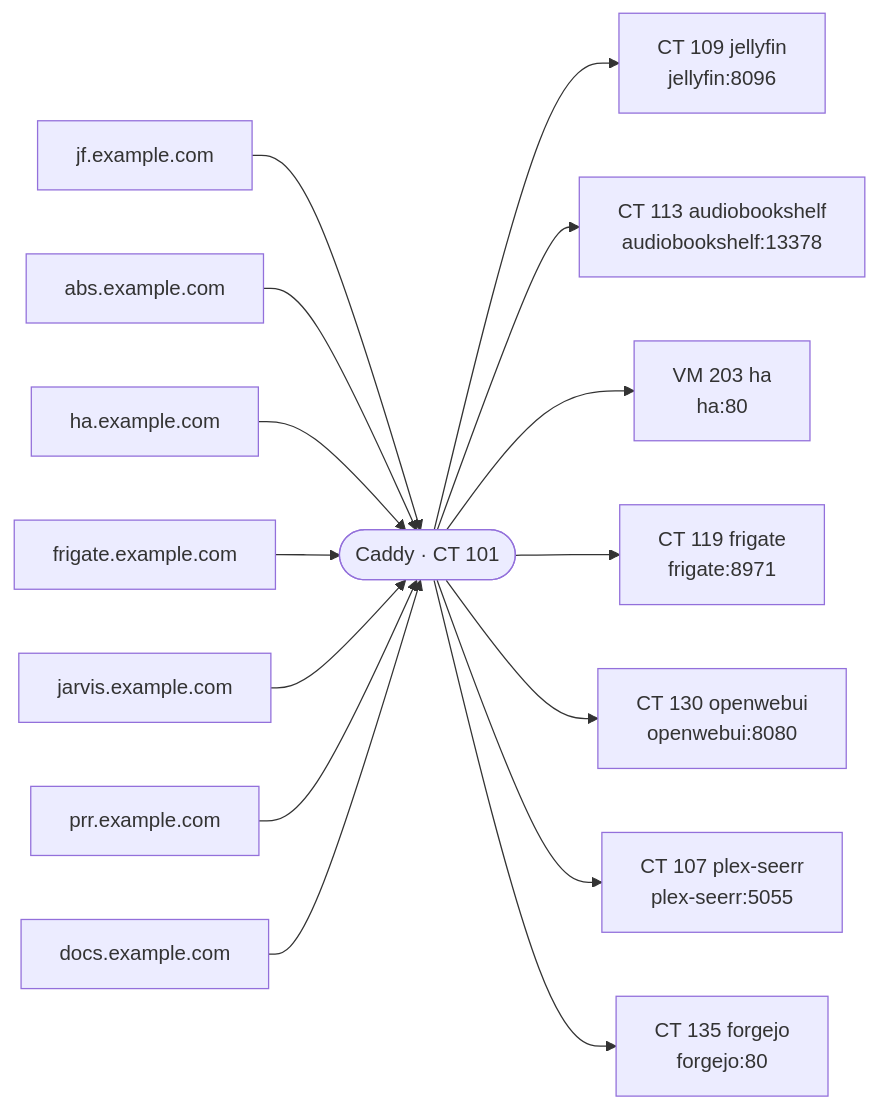
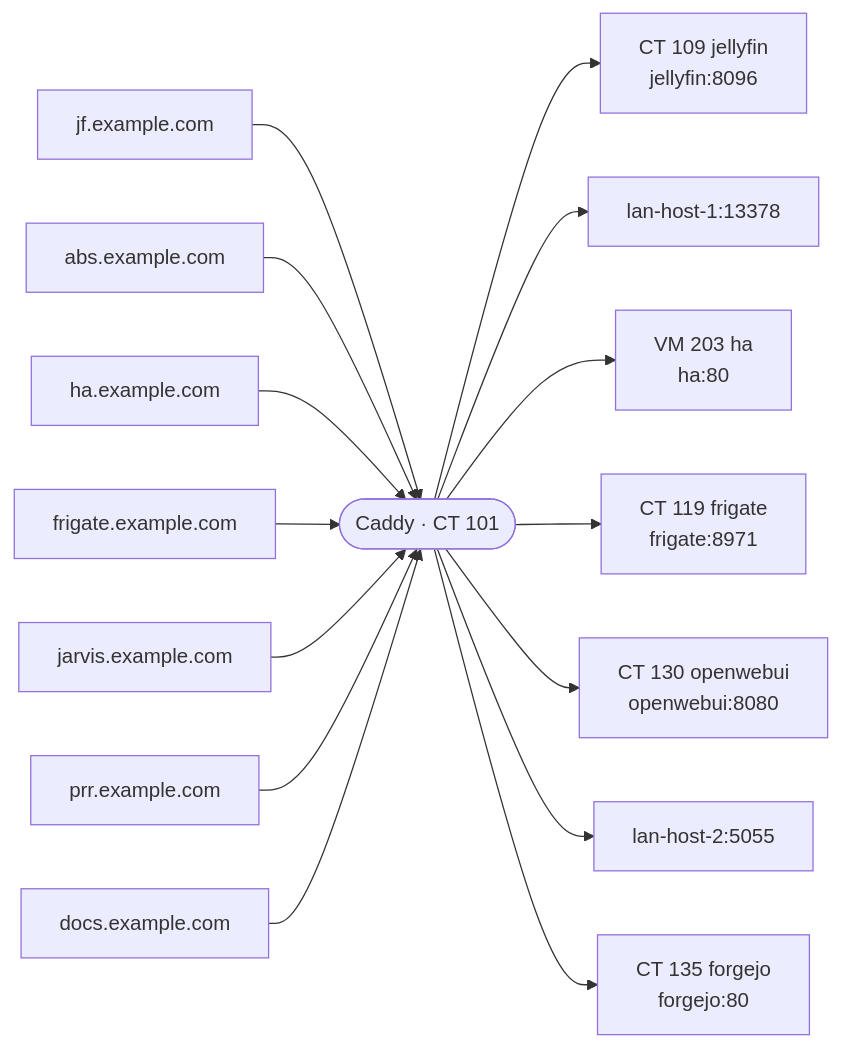
The diagram in docs/network.md (afcorona-projects/Homelab), drawn with Mermaid before and after one commit. The commit also changed other lines of this file and 45 other files, not shown here.

````diff
--- a/docs/network.md
+++ b/docs/network.md
@@ -5,18 +5,18 @@
 ```mermaid
 flowchart LR
   caddy(["Caddy · CT 101"])
   njf_example_com["jf.example.com"] --> caddy
   caddy --> njellyfin_8096["CT 109 jellyfin<br/>jellyfin:8096"]
   nabs_example_com["abs.example.com"] --> caddy
-  caddy --> naudiobookshelf_13378["CT 113 audiobookshelf<br/>audiobookshelf:13378"]
+  caddy --> nlan_host_1_13378["lan-host-1:13378"]
   nha_example_com["ha.example.com"] --> caddy
   caddy --> nha_80["VM 203 ha<br/>ha:80"]
   nfrigate_example_com["frigate.example.com"] --> caddy
   caddy --> nfrigate_8971["CT 119 frigate<br/>frigate:8971"]
   njarvis_example_com["jarvis.example.com"] --> caddy
   caddy --> nopenwebui_8080["CT 130 openwebui<br/>openwebui:8080"]
   nprr_example_com["prr.example.com"] --> caddy
-  caddy --> nplex_seerr_5055["CT 107 plex-seerr<br/>plex-seerr:5055"]
+  caddy --> nlan_host_2_5055["lan-host-2:5055"]
   ndocs_example_com["docs.example.com"] --> caddy
   caddy --> nforgejo_80["CT 135 forgejo<br/>forgejo:80"]
 ```
````
